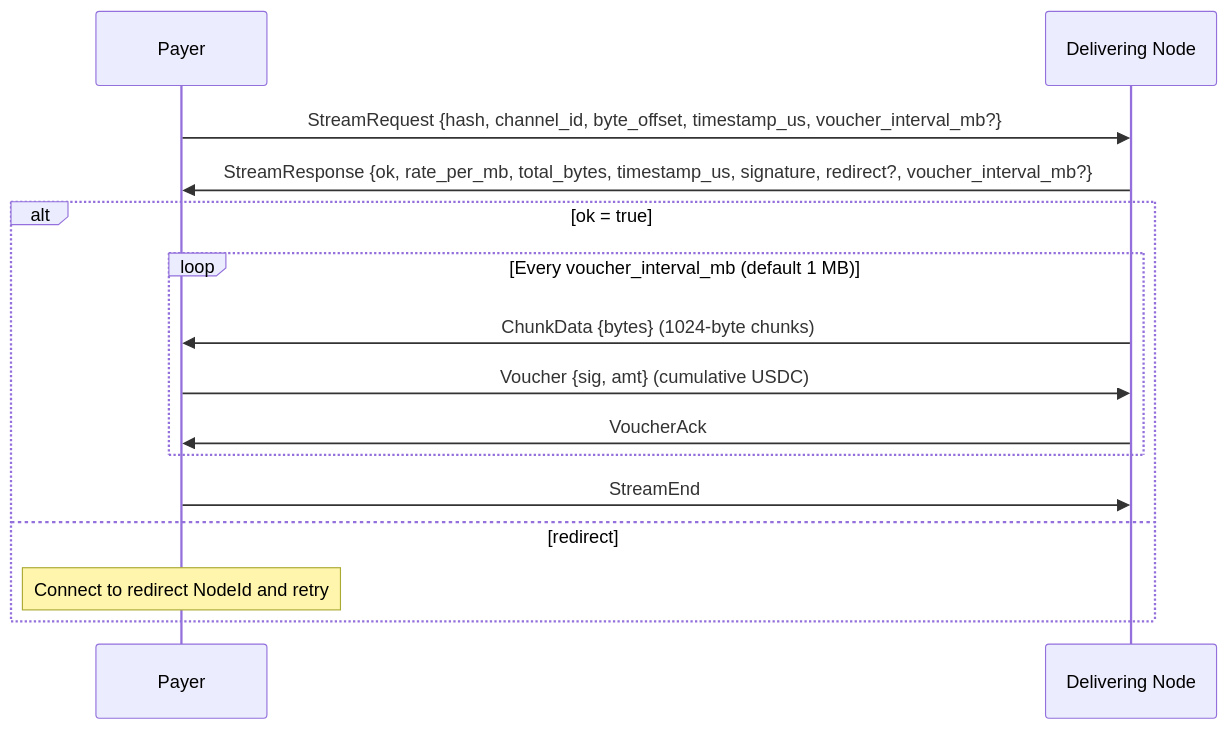
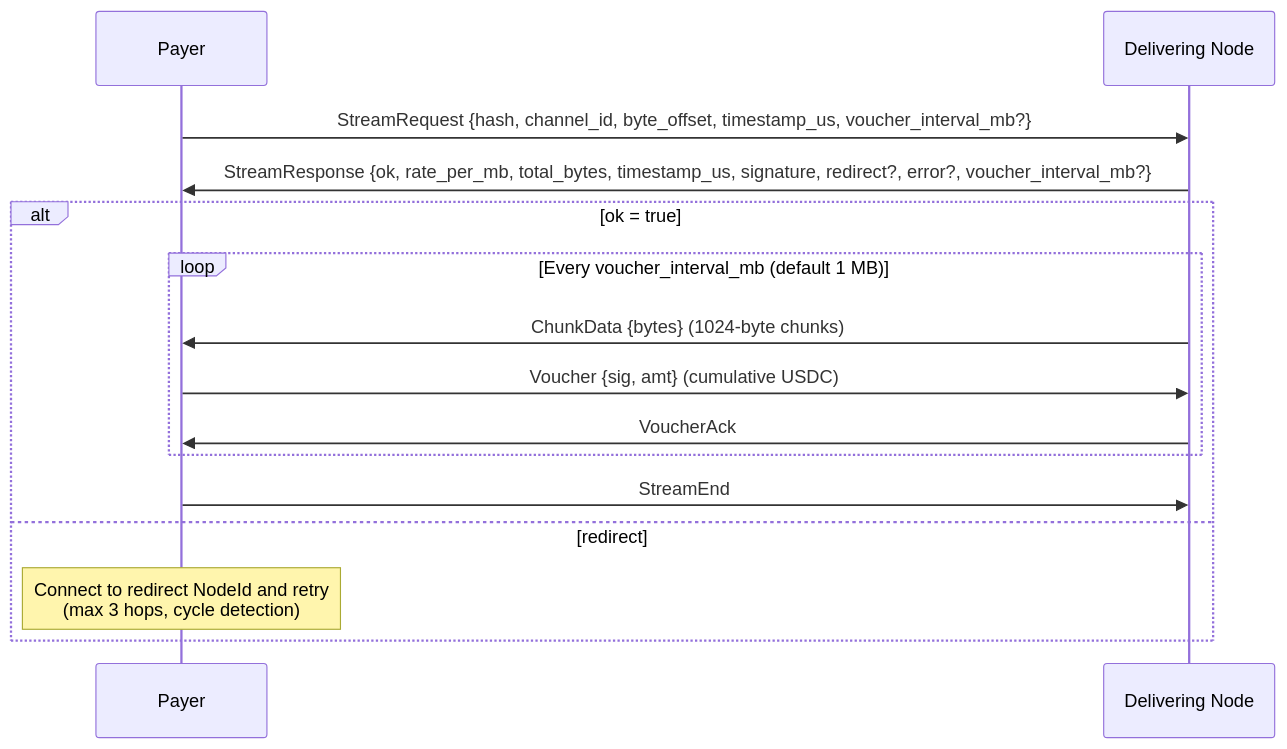
The second of 4 diagrams in adr/005-protocol.md (decdn/decdn), drawn with Mermaid before and after one commit. The commit also changed other lines of this file and 12 other files, not shown here.

````diff
--- a/adr/005-protocol.md
+++ b/adr/005-protocol.md
@@ -51,19 +53,19 @@
 ```mermaid
 sequenceDiagram
     participant P as Payer
     participant D as Delivering Node
 
     P->>D: StreamRequest {hash, channel_id, byte_offset, timestamp_us, voucher_interval_mb?}
-    D->>P: StreamResponse {ok, rate_per_mb, total_bytes, timestamp_us, signature, redirect?, voucher_interval_mb?}
+    D->>P: StreamResponse {ok, rate_per_mb, total_bytes, timestamp_us, signature, redirect?, error?, voucher_interval_mb?}
 
     alt ok = true
         loop Every voucher_interval_mb (default 1 MB)
             D->>P: ChunkData {bytes} (1024-byte chunks)
             P->>D: Voucher {sig, amt} (cumulative USDC)
             D->>P: VoucherAck
         end
         P->>D: StreamEnd
     else redirect
-        Note over P: Connect to redirect NodeId and retry
+        Note over P: Connect to redirect NodeId and retry<br/>(max 3 hops, cycle detection)
     end
 ```
````
